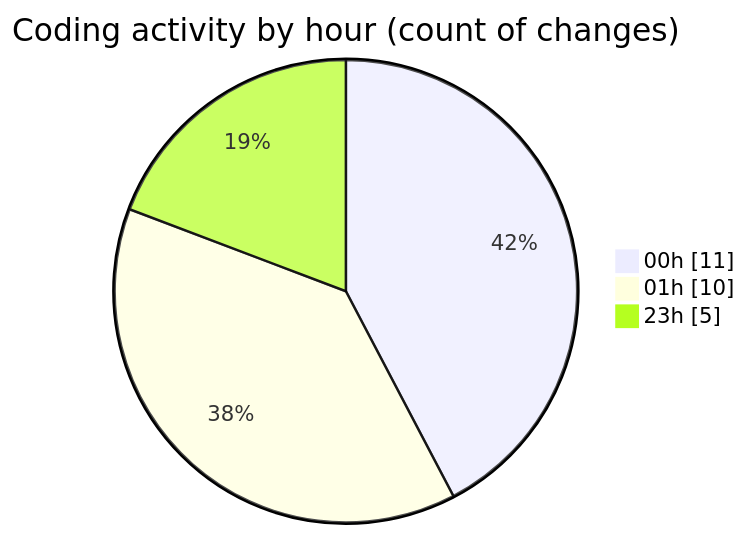
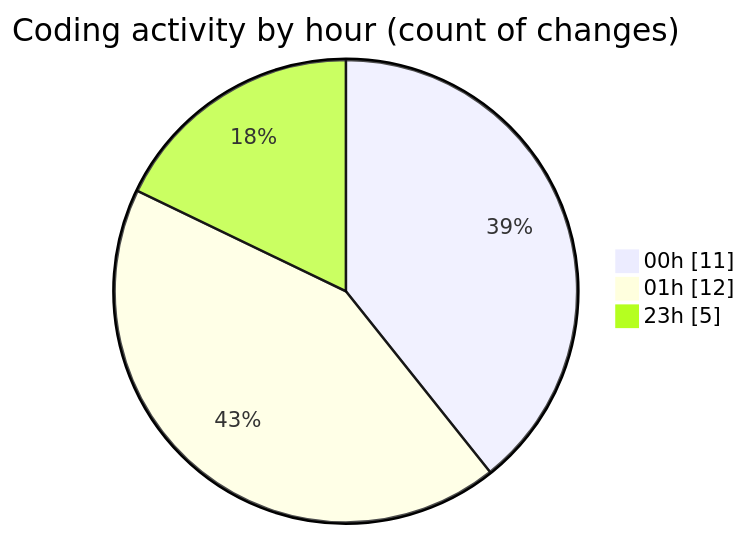
The second of 2 diagrams in 2025-02-21/projet/README.md (Elitesun/code-tracking), drawn with Mermaid before and after one commit. The commit also changed other lines of this file and 1 other file, not shown here.

````diff
--- a/2025-02-21/projet/README.md
+++ b/2025-02-21/projet/README.md
@@ -34,7 +34,7 @@
 ```mermaid
 pie showData
 title Coding activity by hour (count of changes)
 "00h" : 11
-"01h" : 10
+"01h" : 12
 "23h" : 5
 ```
````
